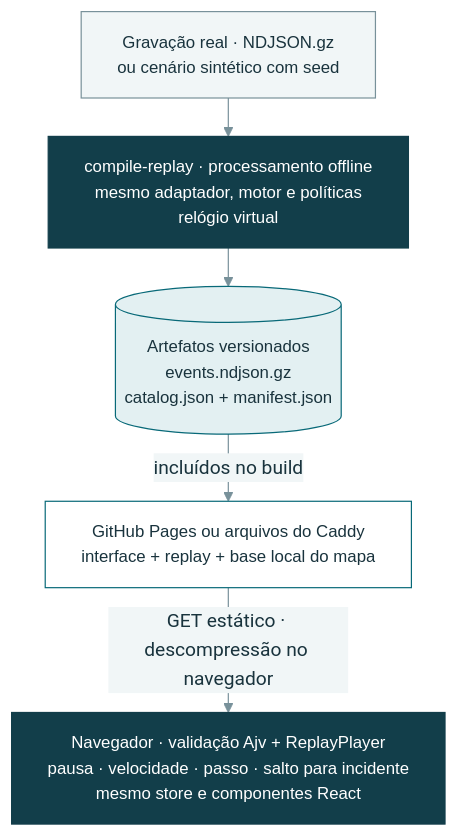
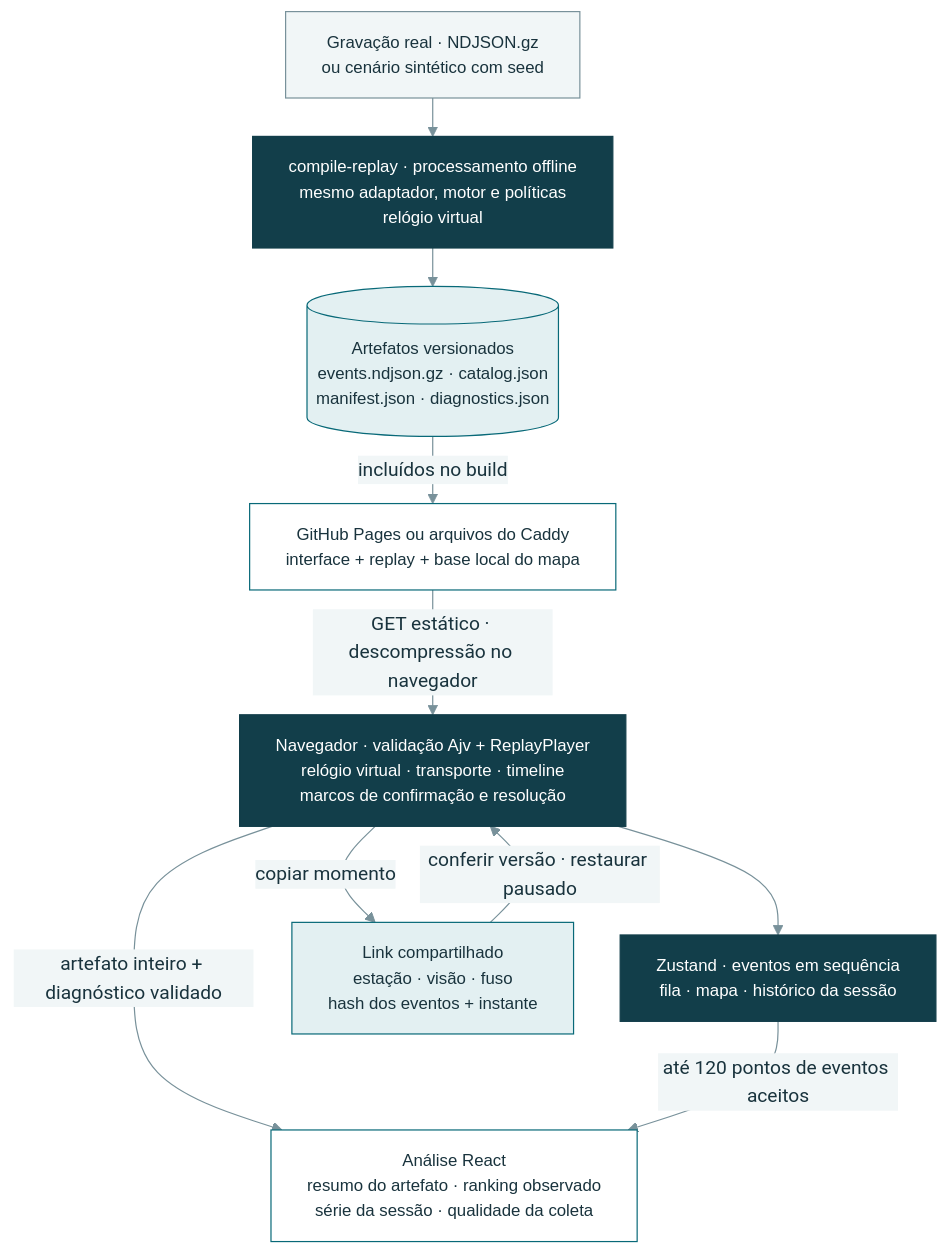
The second of 2 diagrams in README.md (arthurjoanes/cycleops), drawn with Mermaid before and after one commit. The commit also changed other lines of this file and 65 other files, not shown here.

Commit message:
Adiciona exploração do replay e diagnóstico da coleta

````diff
--- a/README.md
+++ b/README.md
@@ -128,33 +137,41 @@
 ```mermaid
 ---
 config:
   theme: base
   themeVariables:
     fontFamily: Arial, sans-serif
     primaryTextColor: "#19333D"
     lineColor: "#78919A"
     clusterBkg: "#F1F6F7"
     clusterBorder: "#CBDCE0"
     edgeLabelBackground: "#F1F6F7"
   flowchart:
     wrappingWidth: 360
     nodeSpacing: 28
     rankSpacing: 32
     subGraphTitleMargin:
       top: 8
       bottom: 12
 ---
 flowchart TB
     Recording["Gravação real · NDJSON.gz<br/>ou cenário sintético com seed"]:::source
     Compile["compile-replay · processamento offline<br/>mesmo adaptador, motor e políticas<br/>relógio virtual"]:::core
-    Artifacts[("Artefatos versionados<br/>events.ndjson.gz<br/>catalog.json + manifest.json")]:::storage
+    Artifacts[("Artefatos versionados<br/>events.ndjson.gz · catalog.json<br/>manifest.json · diagnostics.json")]:::storage
     Hosting["GitHub Pages ou arquivos do Caddy<br/>interface + replay + base local do mapa"]:::delivery
-    Player["Navegador · validação Ajv + ReplayPlayer<br/>pausa · velocidade · passo · salto para incidente<br/>mesmo store e componentes React"]:::core
+    Player["Navegador · validação Ajv + ReplayPlayer<br/>relógio virtual · transporte · timeline<br/>marcos de confirmação e resolução"]:::core
+    Store["Zustand · eventos em sequência<br/>fila · mapa · histórico da sessão"]:::core
+    Analysis["Análise React<br/>resumo do artefato · ranking observado<br/>série da sessão · qualidade da coleta"]:::delivery
+    Shared["Link compartilhado<br/>estação · visão · fuso<br/>hash dos eventos + instante"]:::storage
     Recording --> Compile --> Artifacts
     Artifacts -->|"incluídos no build"| Hosting
     Hosting -->|"GET estático · descompressão no navegador"| Player
+    Player --> Store
+    Player -->|"artefato inteiro + diagnóstico validado"| Analysis
+    Store -->|"até 120 pontos de eventos aceitos"| Analysis
+    Player -->|"copiar momento"| Shared
+    Shared -->|"conferir versão · restaurar pausado"| Player
     classDef source font-family:Arial,font-size:14px,fill:#F1F6F7,stroke:#78919A,color:#19333D
     classDef core font-family:Arial,font-size:14px,fill:#123E4A,stroke:#123E4A,color:#FFFFFF
     classDef storage font-family:Arial,font-size:14px,fill:#E3F0F2,stroke:#086978,color:#19333D
     classDef delivery font-family:Arial,font-size:14px,fill:#FFFFFF,stroke:#086978,color:#19333D
 ```
````
